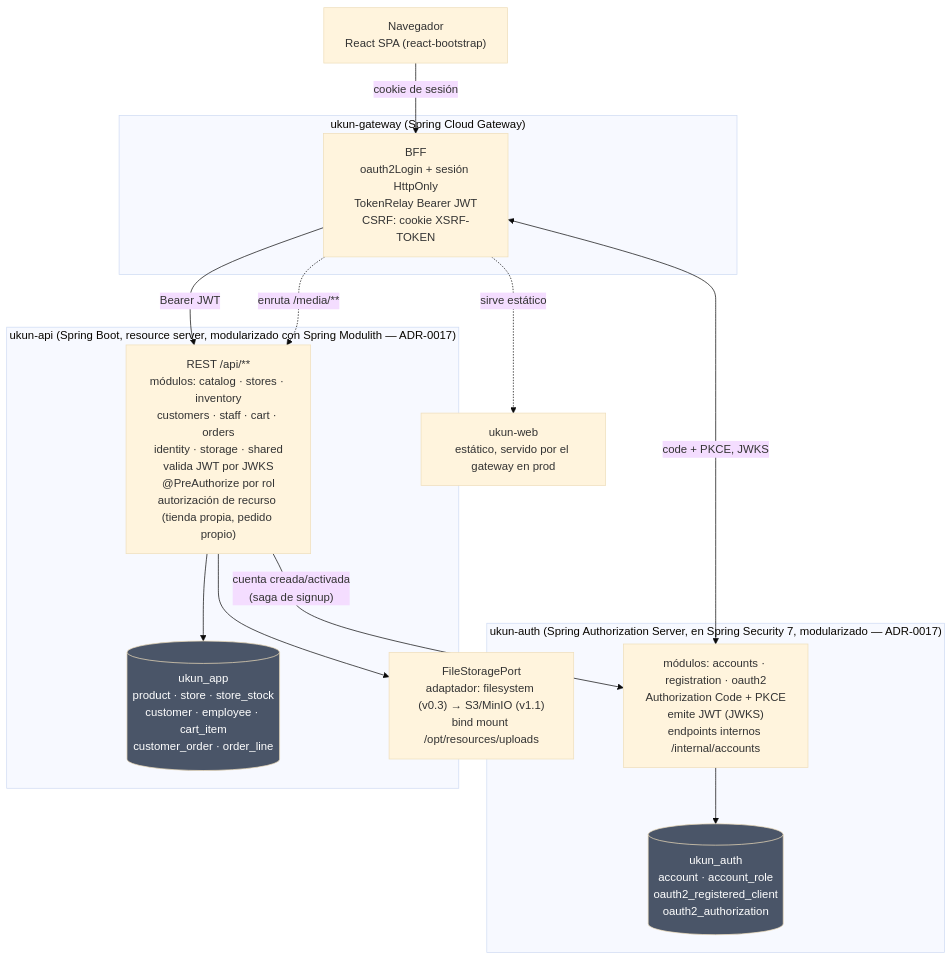
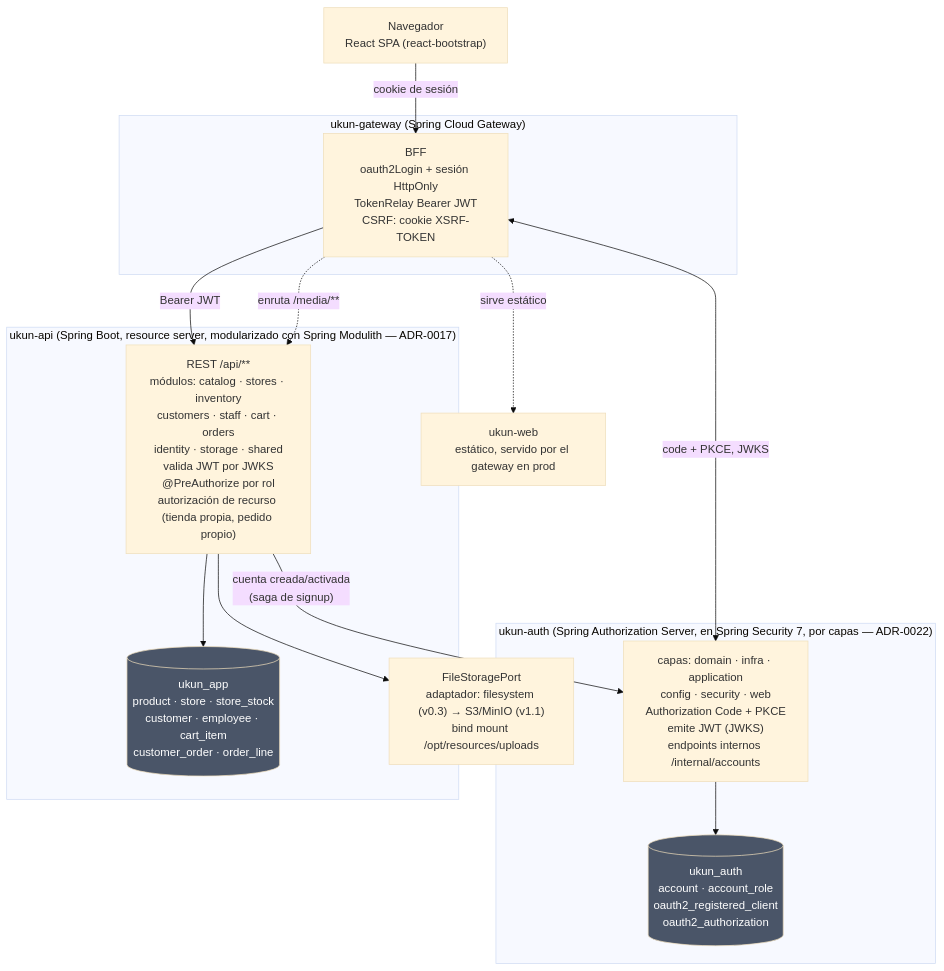
Before and after one commit to sandoretti/ukun: the third of 5 diagrams in docs/01-arquitectura.md, drawn with Mermaid (base theme). The commit also changed 2 other files, not shown here.

First paragraph of the commit message:
docs: tercer hueco de la propagación de ADR-0022, el del diagrama
Continúa 5e1c821, que cerró dos huecos auditando la propagación. Estos tres
salieron de auditarla otra vez, ahora desde fuera: entrando por donde entra
quien no ha leído el ADR — el diagrama y el índice.

````diff
--- a/docs/01-arquitectura.md
+++ b/docs/01-arquitectura.md
@@ -109,34 +109,34 @@
 ```mermaid
 flowchart TB
     browser["Navegador\nReact SPA (react-bootstrap)"]
 
     subgraph gw["ukun-gateway (Spring Cloud Gateway)"]
         bff["BFF\noauth2Login + sesión HttpOnly\nTokenRelay Bearer JWT\nCSRF: cookie XSRF-TOKEN"]
     end
 
-    subgraph auth["ukun-auth (Spring Authorization Server, en Spring Security 7, modularizado — ADR-0017)"]
-        authSrv["módulos: accounts · registration · oauth2\nAuthorization Code + PKCE\nemite JWT (JWKS)\nendpoints internos /internal/accounts"]
+    subgraph auth["ukun-auth (Spring Authorization Server, en Spring Security 7, por capas — ADR-0022)"]
+        authSrv["capas: domain · infra · application\nconfig · security · web\nAuthorization Code + PKCE\nemite JWT (JWKS)\nendpoints internos /internal/accounts"]
         authDb[("ukun_auth\naccount · account_role\noauth2_registered_client\noauth2_authorization")]
     end
 
     subgraph api["ukun-api (Spring Boot, resource server, modularizado con Spring Modulith — ADR-0017)"]
         apiSrv["REST /api/**\nmódulos: catalog · stores · inventory\ncustomers · staff · cart · orders\nidentity · storage · shared\nvalida JWT por JWKS\n@PreAuthorize por rol\nautorización de recurso (tienda propia, pedido propio)"]
         apiDb[("ukun_app\nproduct · store · store_stock\ncustomer · employee · cart_item\ncustomer_order · order_line")]
     end
 
     web["ukun-web\nestático, servido por el gateway en prod"]
     files["FileStoragePort\nadaptador: filesystem (v0.3) → S3/MinIO (v1.1)\nbind mount /opt/resources/uploads"]
 
     browser -- "cookie de sesión" --> bff
     bff -- "Bearer JWT" --> apiSrv
     bff <-- "code + PKCE, JWKS" --> authSrv
     apiSrv -- "cuenta creada/activada\n(saga de signup)" --> authSrv
     apiSrv --> apiDb
     authSrv --> authDb
     apiSrv --> files
     bff -. "enruta /media/**" .-> apiSrv
     bff -. sirve estático .-> web
 
     style authDb fill:#4a5568,color:#fff
     style apiDb fill:#4a5568,color:#fff
 ```
````
